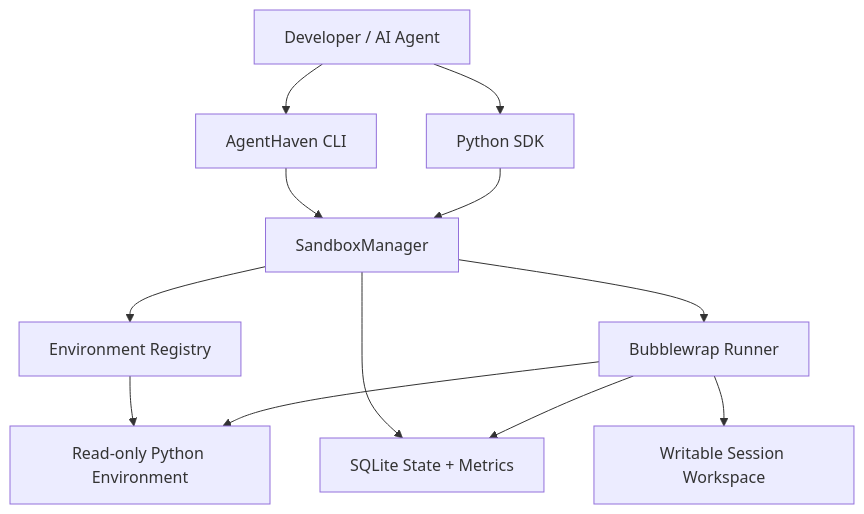
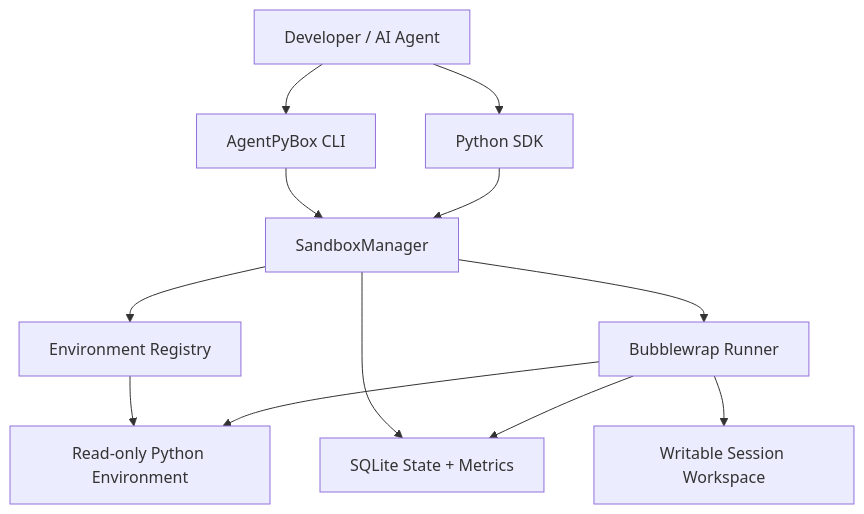
Before and after one commit to sagar-khangan/agentpybox: the first of 3 diagrams in docs/architecture.md, drawn with Mermaid. The commit also changed other lines of this file and 37 other files, not shown here.

Commit message:
chore: prepare AgentPyBox v1.0.0 release

````diff
--- a/docs/architecture.md
+++ b/docs/architecture.md
@@ -11,24 +11,24 @@
 ```mermaid
 flowchart TB
     User["Developer / AI Agent"]
-    CLI["AgentHaven CLI"]
+    CLI["AgentPyBox CLI"]
     SDK["Python SDK"]
     Manager["SandboxManager"]
     Registry["Environment Registry"]
     Store["SQLite State + Metrics"]
     Runner["Bubblewrap Runner"]
     Env["Read-only Python Environment"]
     Work["Writable Session Workspace"]
 
     User --> CLI
     User --> SDK
     CLI --> Manager
     SDK --> Manager
     Manager --> Registry
     Manager --> Store
     Manager --> Runner
     Registry --> Env
     Runner --> Env
     Runner --> Work
     Runner --> Store
 ```
````
